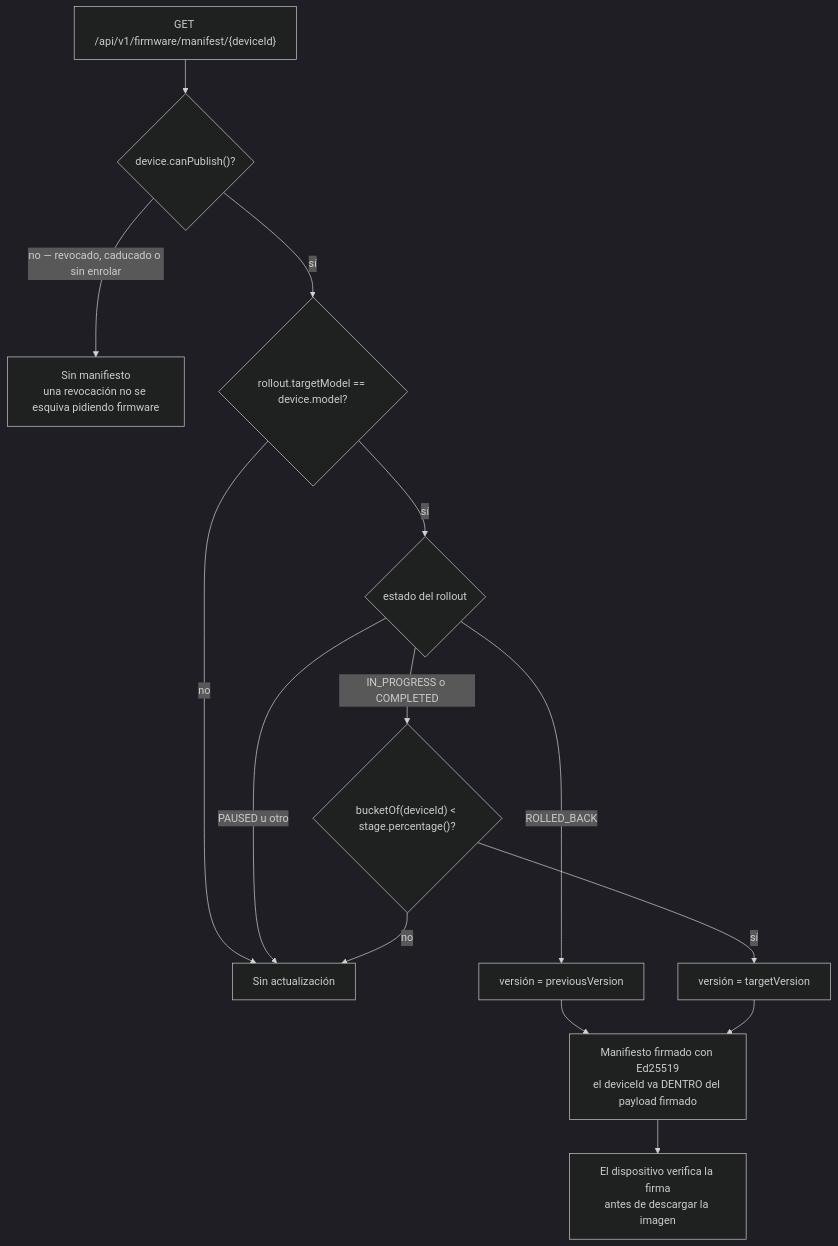
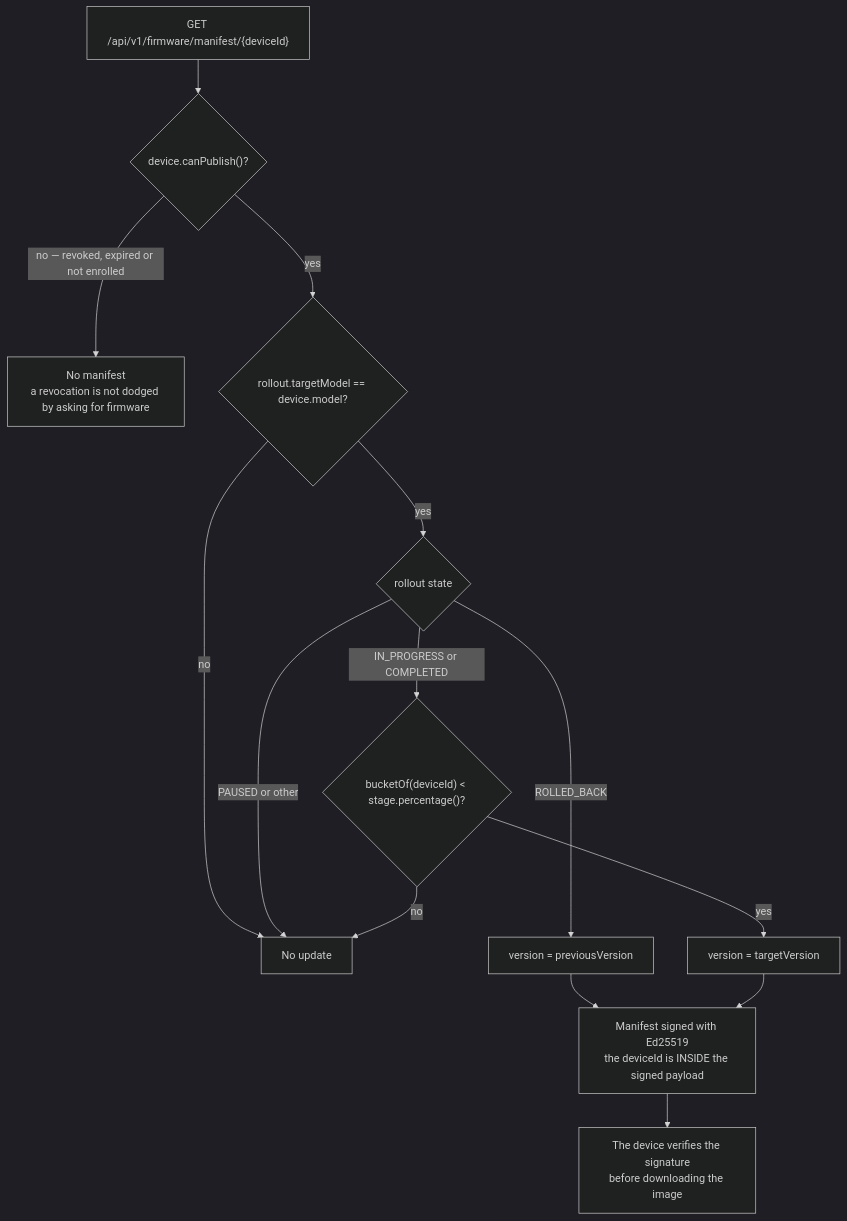
Before and after one commit to Zoel-Manchon/keystone-control-plane: the seventh of 9 diagrams in README.md, drawn with Mermaid (dark theme). The commit also changed other lines of this file, not shown here.

First line of the commit message:
docs: rewrite the README in English, around the architecture

````diff
--- a/README.md
+++ b/README.md
@@ -314,16 +341,16 @@
 ```mermaid
 flowchart TD
     Q["GET /api/v1/firmware/manifest/{deviceId}"] --> P{"device.canPublish()?"}
-    P -->|"no — revocado, caducado o sin enrolar"| X["Sin manifiesto<br/>una revocación no se esquiva pidiendo firmware"]
-    P -->|"sí"| M{"rollout.targetModel == device.model?"}
-    M -->|no| X2["Sin actualización"]
-    M -->|sí| S{"estado del rollout"}
-    S -->|ROLLED_BACK| B["versión = previousVersion"]
-    S -->|"PAUSED u otro"| X2
-    S -->|"IN_PROGRESS o COMPLETED"| C{"bucketOf(deviceId) &lt; stage.percentage()?"}
+    P -->|"no — revoked, expired or not enrolled"| X["No manifest<br/>a revocation is not dodged by asking for firmware"]
+    P -->|"yes"| M{"rollout.targetModel == device.model?"}
+    M -->|no| X2["No update"]
+    M -->|yes| S{"rollout state"}
+    S -->|ROLLED_BACK| B["version = previousVersion"]
+    S -->|"PAUSED or other"| X2
+    S -->|"IN_PROGRESS or COMPLETED"| C{"bucketOf(deviceId) &lt; stage.percentage()?"}
     C -->|no| X2
-    C -->|sí| T["versión = targetVersion"]
+    C -->|yes| T["version = targetVersion"]
     B --> SIGN
-    T --> SIGN["Manifiesto firmado con Ed25519<br/>el deviceId va DENTRO del payload firmado"]
-    SIGN --> D["El dispositivo verifica la firma<br/>antes de descargar la imagen"]
+    T --> SIGN["Manifest signed with Ed25519<br/>the deviceId is INSIDE the signed payload"]
+    SIGN --> D["The device verifies the signature<br/>before downloading the image"]
 ```
````
